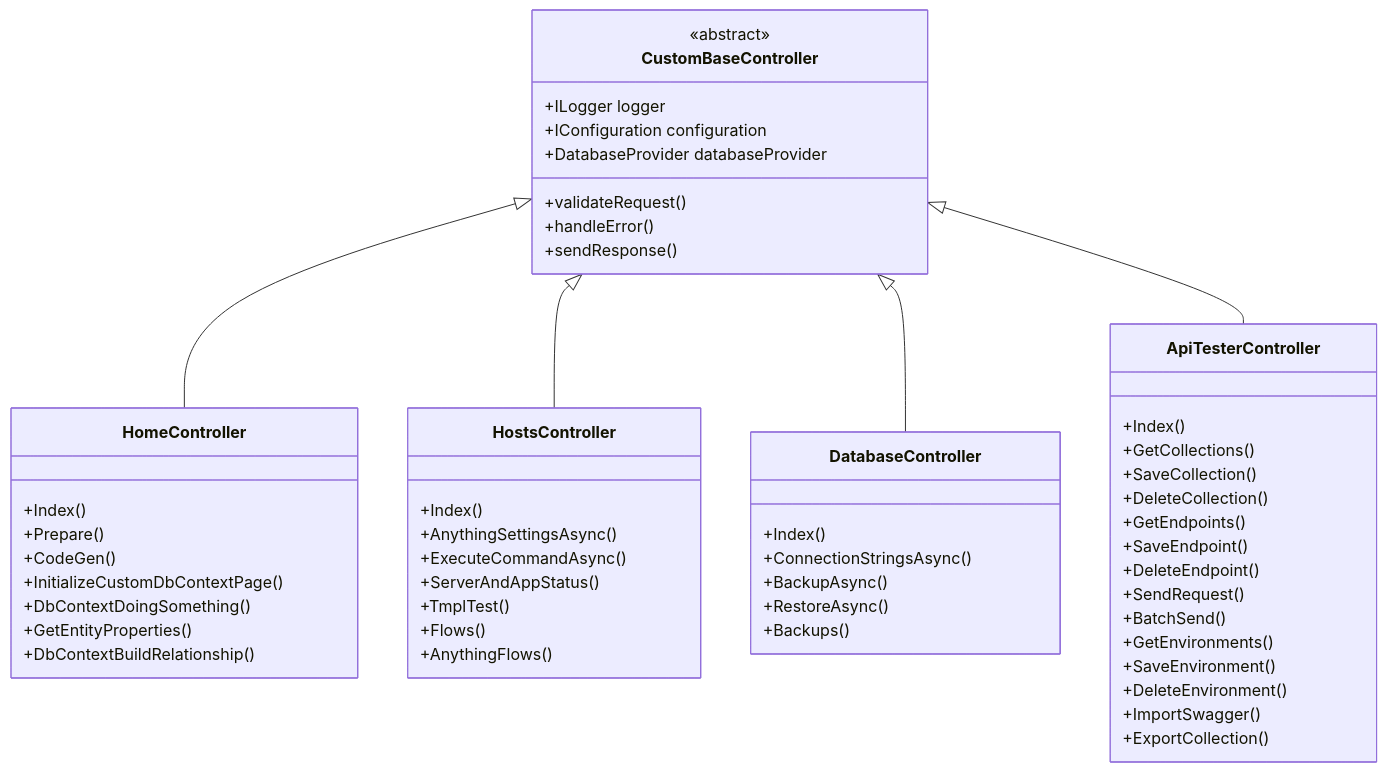
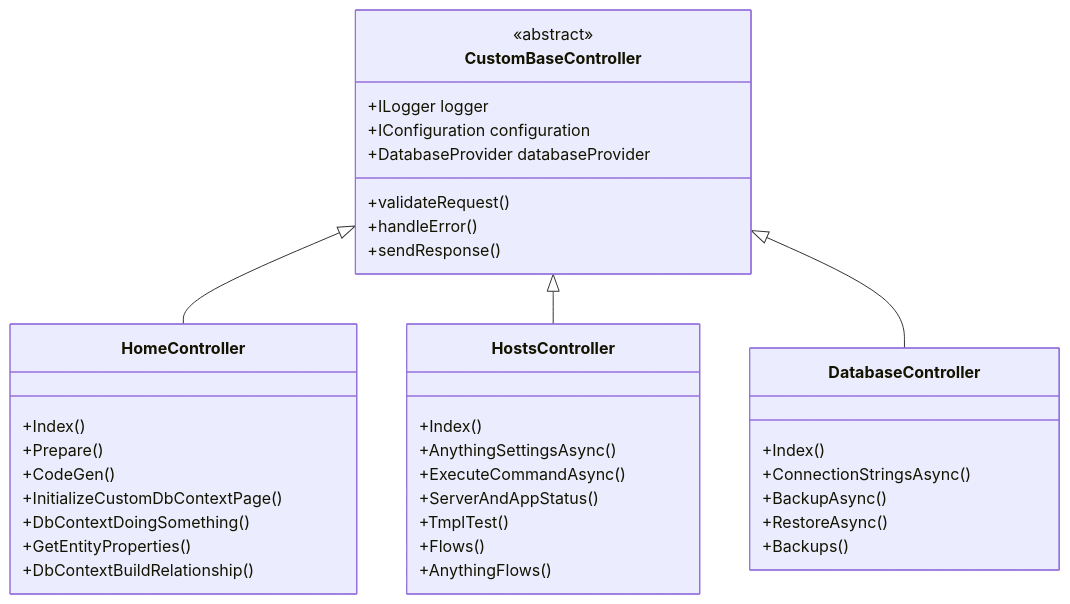
Before and after one commit to Sosososolong/AirGo: diagram 14 of 17 in .qoder/repowiki/zh/content/核心架构设计/布局导航系统更新.md, drawn with Mermaid. The commit also changed other lines of this file and 10 other files, not shown here.

````diff
--- a/.qoder/repowiki/zh/content/核心架构设计/布局导航系统更新.md
+++ b/.qoder/repowiki/zh/content/核心架构设计/布局导航系统更新.md
@@ -474,57 +453,40 @@
 ```mermaid
 classDiagram
 class CustomBaseController {
 <<abstract>>
 +ILogger logger
 +IConfiguration configuration
 +DatabaseProvider databaseProvider
 +validateRequest()
 +handleError()
 +sendResponse()
 }
 class HomeController {
 +Index()
 +Prepare()
 +CodeGen()
 +InitializeCustomDbContextPage()
 +DbContextDoingSomething()
 +GetEntityProperties()
 +DbContextBuildRelationship()
 }
 class HostsController {
 +Index()
 +AnythingSettingsAsync()
 +ExecuteCommandAsync()
 +ServerAndAppStatus()
 +TmplTest()
 +Flows()
 +AnythingFlows()
 }
 class DatabaseController {
 +Index()
 +ConnectionStringsAsync()
 +BackupAsync()
 +RestoreAsync()
 +Backups()
 }
-class ApiTesterController {
-+Index()
-+GetCollections()
-+SaveCollection()
-+DeleteCollection()
-+GetEndpoints()
-+SaveEndpoint()
-+DeleteEndpoint()
-+SendRequest()
-+BatchSend()
-+GetEnvironments()
-+SaveEnvironment()
-+DeleteEnvironment()
-+ImportSwagger()
-+ExportCollection()
-}
 CustomBaseController <|-- HomeController
 CustomBaseController <|-- HostsController
 CustomBaseController <|-- DatabaseController
-CustomBaseController <|-- ApiTesterController
 ```
````
